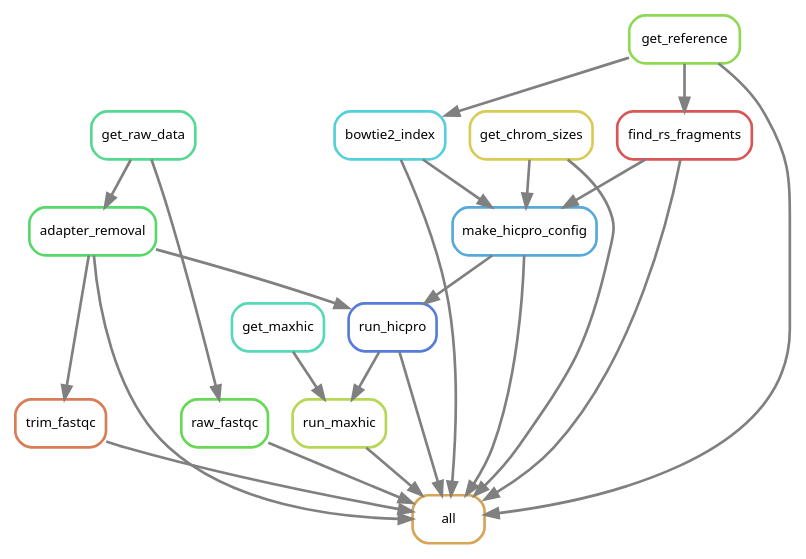
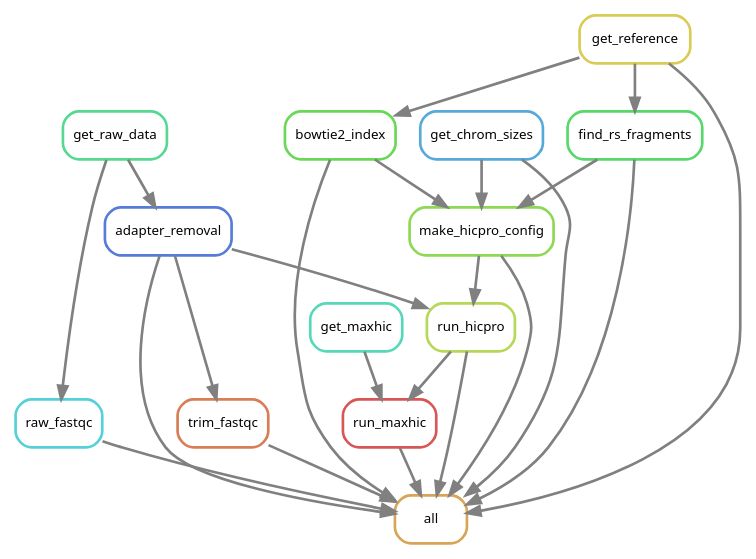
One commit to DRMCRL/ENCODE_T47D_HiC_ENCSR549MGQ changed the diagram in output/rulegraph.dot. Above: the diagram before and after it, drawn with Graphviz. The commit also changed 1 other file, not shown here.

```diff
--- a/output/rulegraph.dot
+++ b/output/rulegraph.dot
@@ -1,40 +1,40 @@
 digraph snakemake_dag {
     graph[bgcolor=white, margin=0];
     node[shape=box, style=rounded, fontname=sans,                 fontsize=10, penwidth=2];
     edge[penwidth=2, color=grey];
 	0[label = "all", color = "0.10 0.6 0.85", style="rounded"];
-	1[label = "run_hicpro", color = "0.62 0.6 0.85", style="rounded"];
-	2[label = "bowtie2_index", color = "0.51 0.6 0.85", style="rounded"];
-	3[label = "raw_fastqc", color = "0.31 0.6 0.85", style="rounded"];
-	4[label = "adapter_removal", color = "0.36 0.6 0.85", style="rounded"];
-	5[label = "trim_fastqc", color = "0.05 0.6 0.85", style="rounded"];
-	6[label = "run_maxhic", color = "0.21 0.6 0.85", style="rounded"];
-	7[label = "get_chrom_sizes", color = "0.15 0.6 0.85", style="rounded"];
-	8[label = "find_rs_fragments", color = "0.00 0.6 0.85", style="rounded"];
-	9[label = "get_reference", color = "0.26 0.6 0.85", style="rounded"];
-	10[label = "make_hicpro_config", color = "0.56 0.6 0.85", style="rounded"];
+	1[label = "run_hicpro", color = "0.21 0.6 0.85", style="rounded"];
+	2[label = "bowtie2_index", color = "0.31 0.6 0.85", style="rounded"];
+	3[label = "trim_fastqc", color = "0.05 0.6 0.85", style="rounded"];
+	4[label = "adapter_removal", color = "0.62 0.6 0.85", style="rounded"];
+	5[label = "find_rs_fragments", color = "0.36 0.6 0.85", style="rounded"];
+	6[label = "raw_fastqc", color = "0.51 0.6 0.85", style="rounded"];
+	7[label = "make_hicpro_config", color = "0.26 0.6 0.85", style="rounded"];
+	8[label = "run_maxhic", color = "0.00 0.6 0.85", style="rounded"];
+	9[label = "get_reference", color = "0.15 0.6 0.85", style="rounded"];
+	10[label = "get_chrom_sizes", color = "0.56 0.6 0.85", style="rounded"];
 	11[label = "get_raw_data", color = "0.41 0.6 0.85", style="rounded"];
 	12[label = "get_maxhic", color = "0.46 0.6 0.85", style="rounded"];
 	8 -> 0
+	3 -> 0
+	9 -> 0
+	1 -> 0
+	7 -> 0
+	2 -> 0
 	5 -> 0
-	7 -> 0
 	6 -> 0
-	9 -> 0
-	3 -> 0
+	10 -> 0
 	4 -> 0
-	2 -> 0
-	10 -> 0
-	1 -> 0
+	7 -> 1
 	4 -> 1
-	10 -> 1
 	9 -> 2
-	11 -> 3
+	4 -> 3
 	11 -> 4
-	4 -> 5
-	1 -> 6
-	12 -> 6
-	9 -> 8
-	8 -> 10
-	7 -> 10
-	2 -> 10
+	9 -> 5
+	11 -> 6
+	5 -> 7
+	10 -> 7
+	2 -> 7
+	12 -> 8
+	1 -> 8
 }            
```
